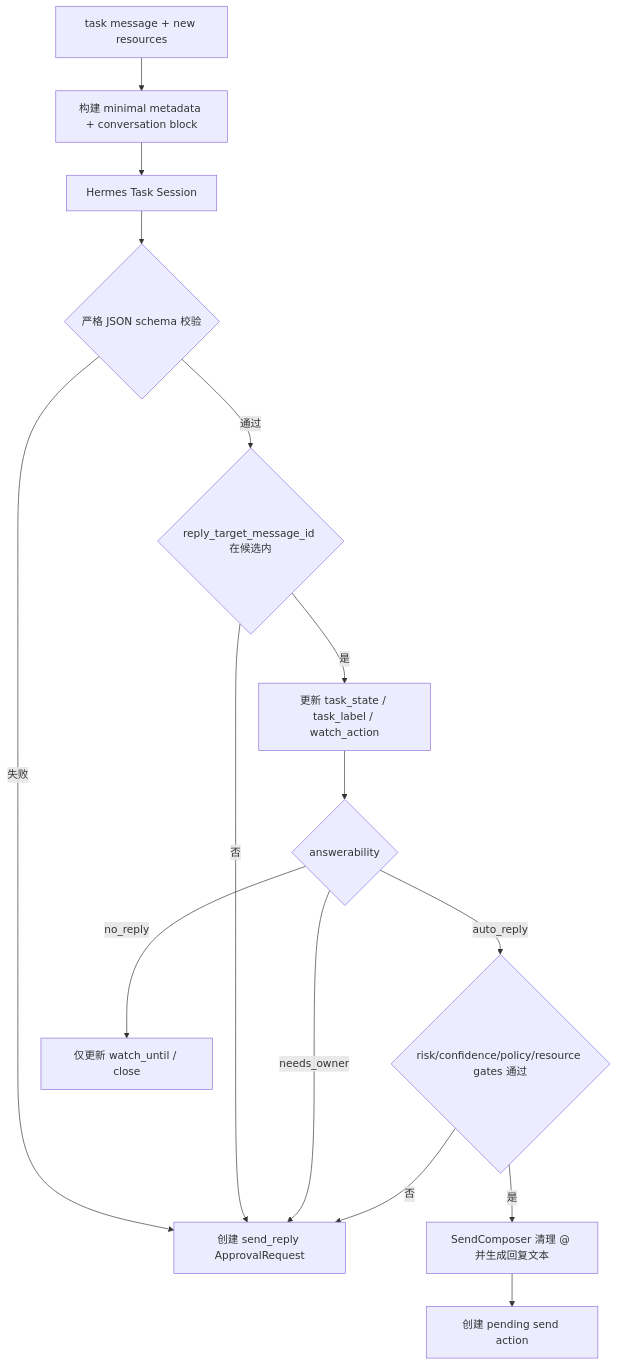
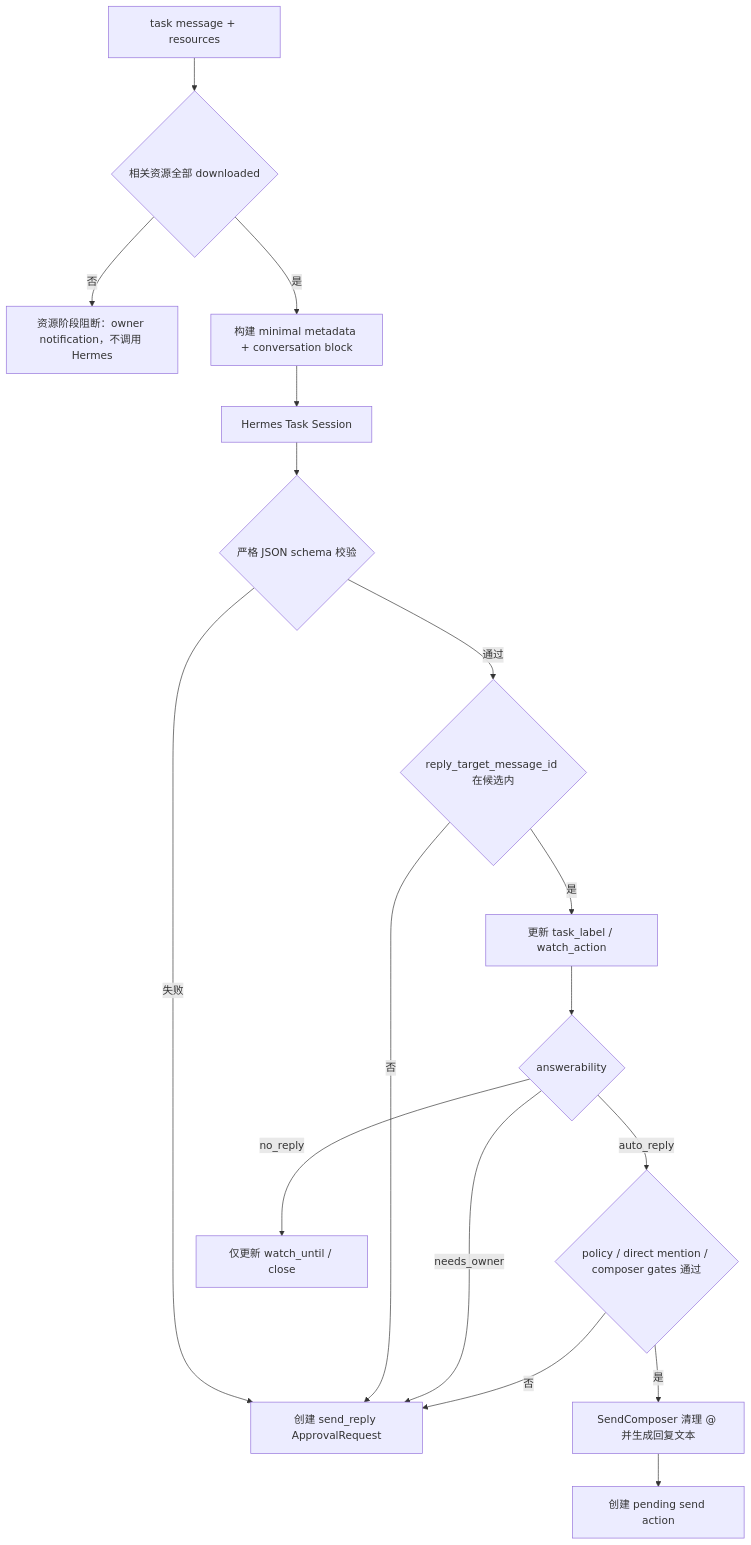
One commit to wufei-png/feishu-shadow-agent changed the fifth of 7 diagrams in docs/specs/feishu-shadow-agent-flows.md. Above: the diagram before and after it, drawn with Mermaid. The commit also changed other lines of this file and 18 other files, not shown here.

````diff
--- a/docs/specs/feishu-shadow-agent-flows.md
+++ b/docs/specs/feishu-shadow-agent-flows.md
@@ -169,19 +168,21 @@
 ```mermaid
 flowchart TD
-  TaskInput["task message + new resources"] --> BuildPrompt["构建 minimal metadata + conversation block"]
+  TaskInput["task message + resources"] --> ResourceReady{"相关资源全部 downloaded"}
+  ResourceReady -->|否| ResourceBlocked["资源阶段阻断：owner notification，不调用 Hermes"]
+  ResourceReady -->|是| BuildPrompt["构建 minimal metadata + conversation block"]
   BuildPrompt --> Hermes["Hermes Task Session"]
   Hermes --> Parse{"严格 JSON schema 校验"}
   Parse -->|失败| Approval["创建 send_reply ApprovalRequest"]
   Parse -->|通过| ValidateTarget{"reply_target_message_id 在候选内"}
   ValidateTarget -->|否| Approval
-  ValidateTarget -->|是| UpdateTask["更新 task_state / task_label / watch_action"]
+  ValidateTarget -->|是| UpdateTask["更新 task_label / watch_action"]
 
   UpdateTask --> Answerability{"answerability"}
-  Answerability -->|auto_reply| Gates{"risk/confidence/policy/resource gates 通过"}
+  Answerability -->|auto_reply| Gates{"policy / direct mention / composer gates 通过"}
   Answerability -->|needs_owner| Approval
   Answerability -->|no_reply| WatchOnly["仅更新 watch_until / close"]
 
   Gates -->|否| Approval
   Gates -->|是| Compose["SendComposer 清理 @ 并生成回复文本"]
   Compose --> PendingAction["创建 pending send action"]
 ```
````
